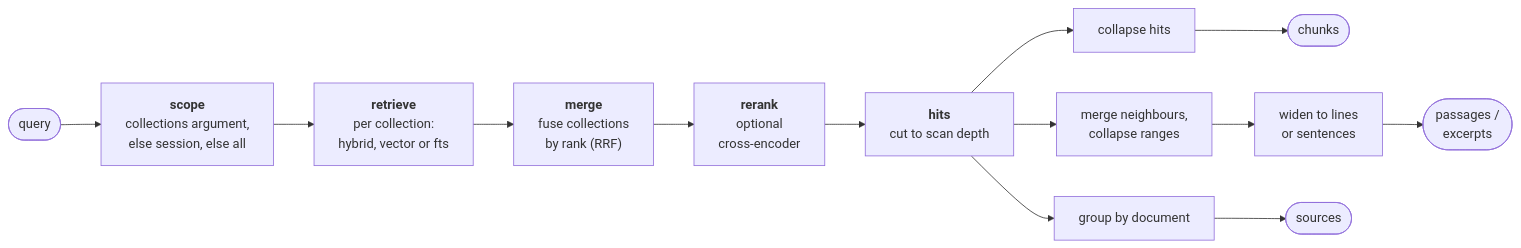
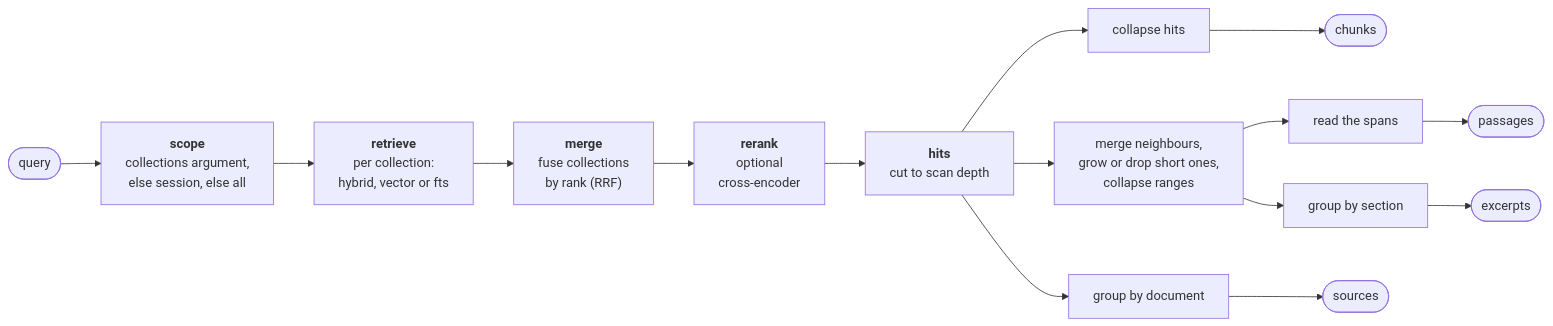
Before and after one commit to haskian/haskie: the first of 3 diagrams in docs/search.md, drawn with Mermaid. The commit also changed other lines of this file and 29 other files, not shown here.

First line of the commit message:
feat(search)!: excerpts are sections; short passages grow or go

````diff
--- a/docs/search.md
+++ b/docs/search.md
@@ -8,11 +8,12 @@
 ```mermaid
 flowchart LR
     q(["query"]) --> scope["<b>scope</b><br/>collections argument,<br/>else session, else all"]
     scope --> retrieve["<b>retrieve</b><br/>per collection:<br/>hybrid, vector or fts"]
     retrieve --> merge["<b>merge</b><br/>fuse collections<br/>by rank (RRF)"]
     merge --> rerank["<b>rerank</b><br/>optional<br/>cross-encoder"]
     rerank --> hits["<b>hits</b><br/>cut to scan depth"]
     hits --> fchunks["collapse hits"] --> chunks(["chunks"])
-    hits --> franges["merge neighbours,<br/>collapse ranges"] --> widen["widen to lines<br/>or sentences"] --> excerpts(["passages /<br/>excerpts"])
+    hits --> franges["merge neighbours,<br/>grow or drop short ones,<br/>collapse ranges"] --> read["read the spans"] --> passages(["passages"])
+    franges --> group["group by section"] --> excerpts(["excerpts"])
     hits --> shortlist["group by document"] --> sources(["sources"])
 ```
````
